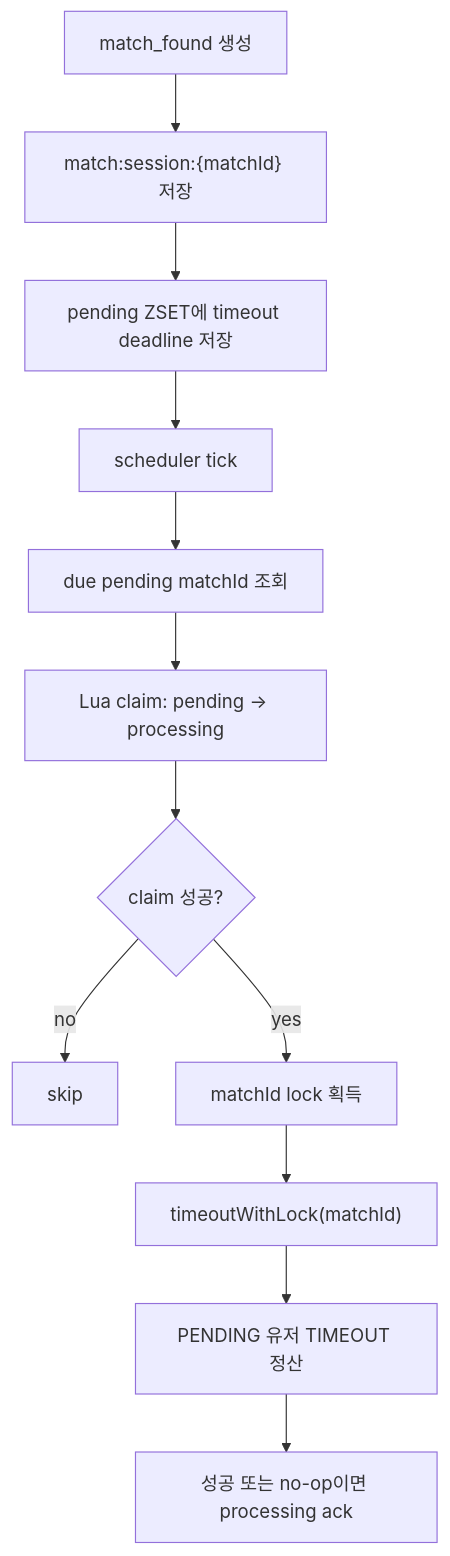
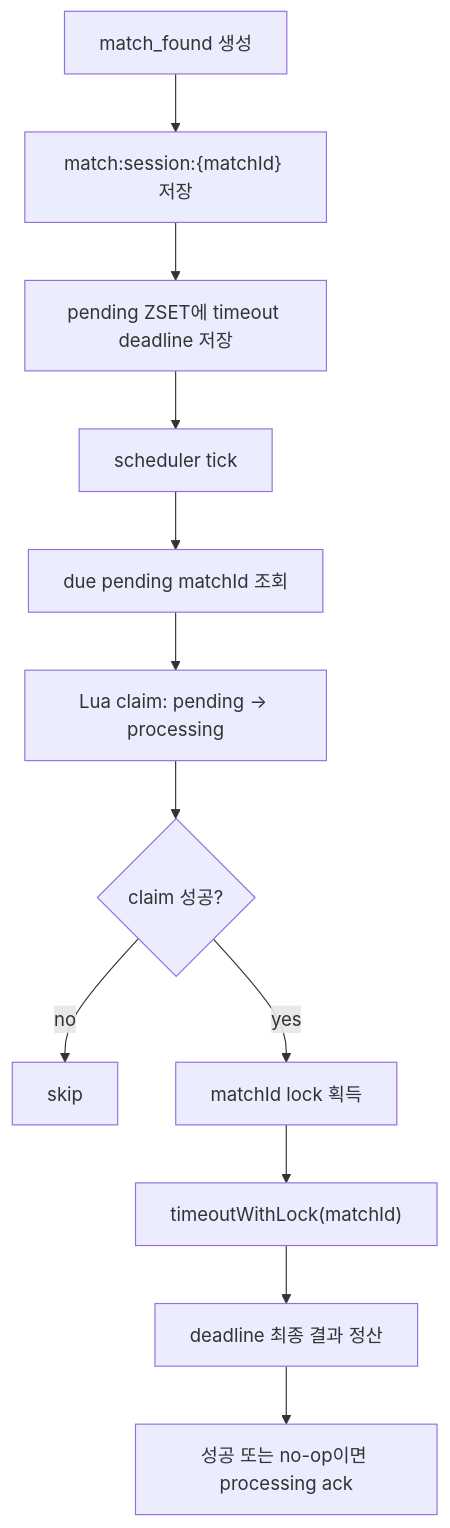
The second of 2 diagrams in docs/project/matching.md (moonwhistle/League-of-Star), drawn with Mermaid before and after one commit. The commit also changed other lines of this file and 161 other files, not shown here.

````diff
--- a/docs/project/matching.md
+++ b/docs/project/matching.md
@@ -98,14 +98,14 @@
 ```mermaid
 flowchart TD
     A["match_found 생성"] --> B["match:session:{matchId} 저장"]
     B --> C["pending ZSET에 timeout deadline 저장"]
     C --> D["scheduler tick"]
     D --> E["due pending matchId 조회"]
     E --> F["Lua claim: pending -> processing"]
     F --> G{"claim 성공?"}
     G -->|"no"| H["skip"]
     G -->|"yes"| I["matchId lock 획득"]
     I --> J["timeoutWithLock(matchId)"]
-    J --> K["PENDING 유저 TIMEOUT 정산"]
+    J --> K["deadline 최종 결과 정산"]
     K --> L["성공 또는 no-op이면 processing ack"]
 ```
````
